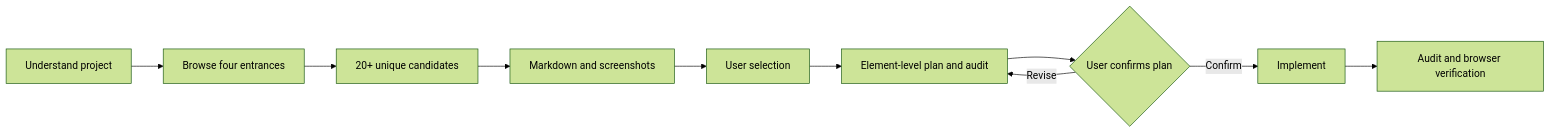
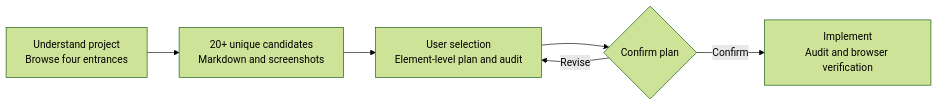
Before and after one commit to fms211/frontend-inspiration-assistant: the diagram in README.en.md, drawn with Mermaid (forest theme). The commit also changed 1 other file, not shown here.

Commit message:
docs: improve bilingual workflow readability

````diff
--- a/README.en.md
+++ b/README.en.md
@@ -42,12 +42,8 @@
 ```mermaid
 flowchart LR
-    A[Understand project] --> B[Browse four entrances]
-    B --> C[20+ unique candidates]
-    C --> D[Markdown and screenshots]
-    D --> E[User selection]
-    E --> F[Element-level plan and audit]
-    F --> G{User confirms plan}
-    G -->|Confirm| H[Implement]
-    G -->|Revise| F
-    H --> I[Audit and browser verification]
+    A["Understand project<br/>Browse four entrances"] --> B["20+ unique candidates<br/>Markdown and screenshots"]
+    B --> C["User selection<br/>Element-level plan and audit"]
+    C --> D{Confirm plan}
+    D -->|Confirm| E["Implement<br/>Audit and browser verification"]
+    D -->|Revise| C
 ```
````
